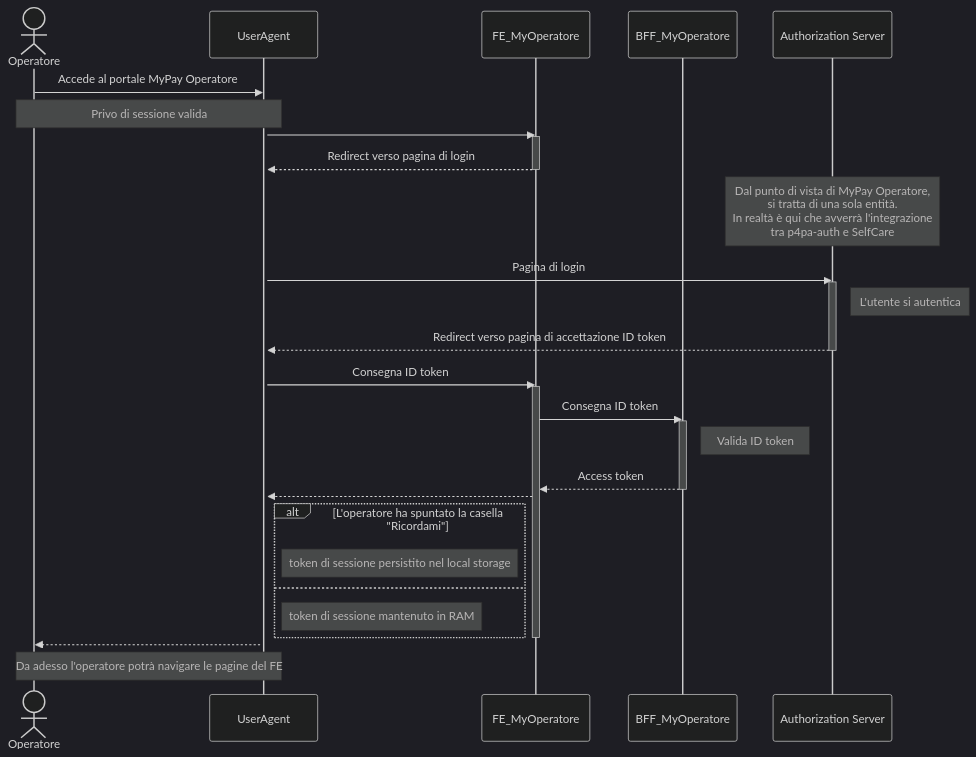
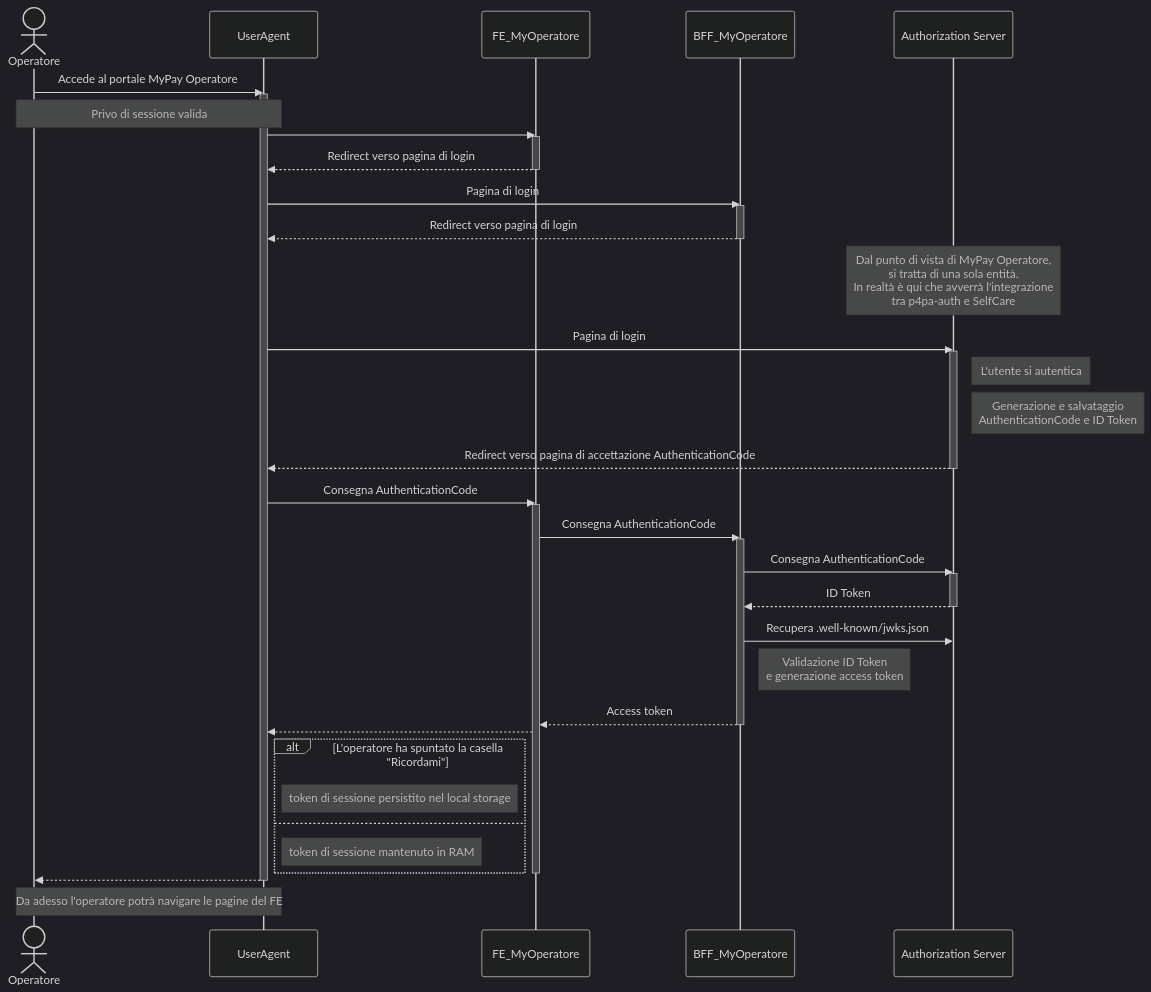
One commit to pagopa/p4pa-doc changed the diagram in confluence/DesignReview/AutenticazioneEAutorizzazioneInMyPayOperatore/TOBE_authCodeFlow.mmd. Above: the diagram before and after it, drawn with Mermaid (dark theme). The commit also changed 1 other file, not shown here.

Commit message:
authentication flow

```diff
--- a/confluence/DesignReview/AutenticazioneEAutorizzazioneInMyPayOperatore/TOBE_authCodeFlow.mmd
+++ b/confluence/DesignReview/AutenticazioneEAutorizzazioneInMyPayOperatore/TOBE_authCodeFlow.mmd
@@ -1,41 +1,55 @@
 sequenceDiagram
     actor Operatore
     participant UserAgent
     participant FE as FE_MyOperatore
     participant BFF as BFF_MyOperatore
     participant AUTH as Authorization Server
 
     Operatore ->> UserAgent: Accede al portale MyPay Operatore
 
     activate UserAgent
     note over Operatore, UserAgent: Privo di sessione valida
     UserAgent ->> FE: 
     activate FE
     FE -->> UserAgent: Redirect verso pagina di login
     deactivate FE
 
+    UserAgent ->> BFF: Pagina di login
+    activate BFF
+    BFF -->> UserAgent: Redirect verso pagina di login
+    deactivate BFF
+
     note over AUTH: Dal punto di vista di MyPay Operatore,<BR />si tratta di una sola entità.<BR />In realtà è qui che avverrà l'integrazione<BR />tra p4pa-auth e SelfCare
     UserAgent ->> AUTH: Pagina di login
     activate AUTH
     note right of AUTH: L'utente si autentica
-    AUTH -->> UserAgent: Redirect verso pagina di accettazione ID token
+    note right of AUTH: Generazione e salvataggio<BR />AuthenticationCode e ID Token
+    AUTH -->> UserAgent: Redirect verso pagina di accettazione AuthenticationCode
     deactivate AUTH
 
-    UserAgent ->> FE: Consegna ID token
+    UserAgent ->> FE: Consegna AuthenticationCode
     activate FE
-    FE ->> BFF: Consegna ID token
+    FE ->> BFF: Consegna AuthenticationCode
     activate BFF
-    note right of BFF: Valida ID token
+    BFF ->> AUTH: Consegna AuthenticationCode
+    
+    activate AUTH
+    AUTH -->> BFF: ID Token
+    deactivate AUTH
+
+    BFF ->> AUTH: Recupera .well-known/jwks.json
+    note right of BFF: Validazione ID Token<BR />e generazione access token
     BFF -->> FE: Access token
     deactivate BFF
     FE -->> UserAgent: 
     alt L'operatore ha spuntato la casella "Ricordami"
         note right of UserAgent: token di sessione persistito nel local storage
     else
     note right of UserAgent: token di sessione mantenuto in RAM
     end
     deactivate FE
 
     UserAgent -->> Operatore: 
+    deactivate UserAgent
     
     note over Operatore, UserAgent: Da adesso l'operatore potrà navigare le pagine del FE
```
